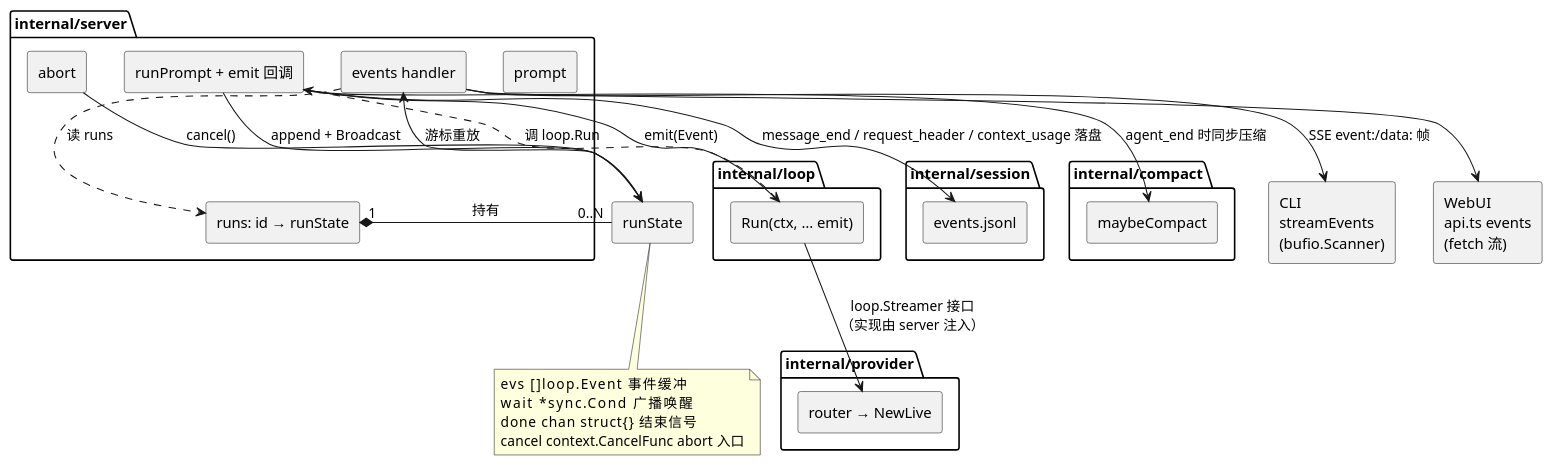
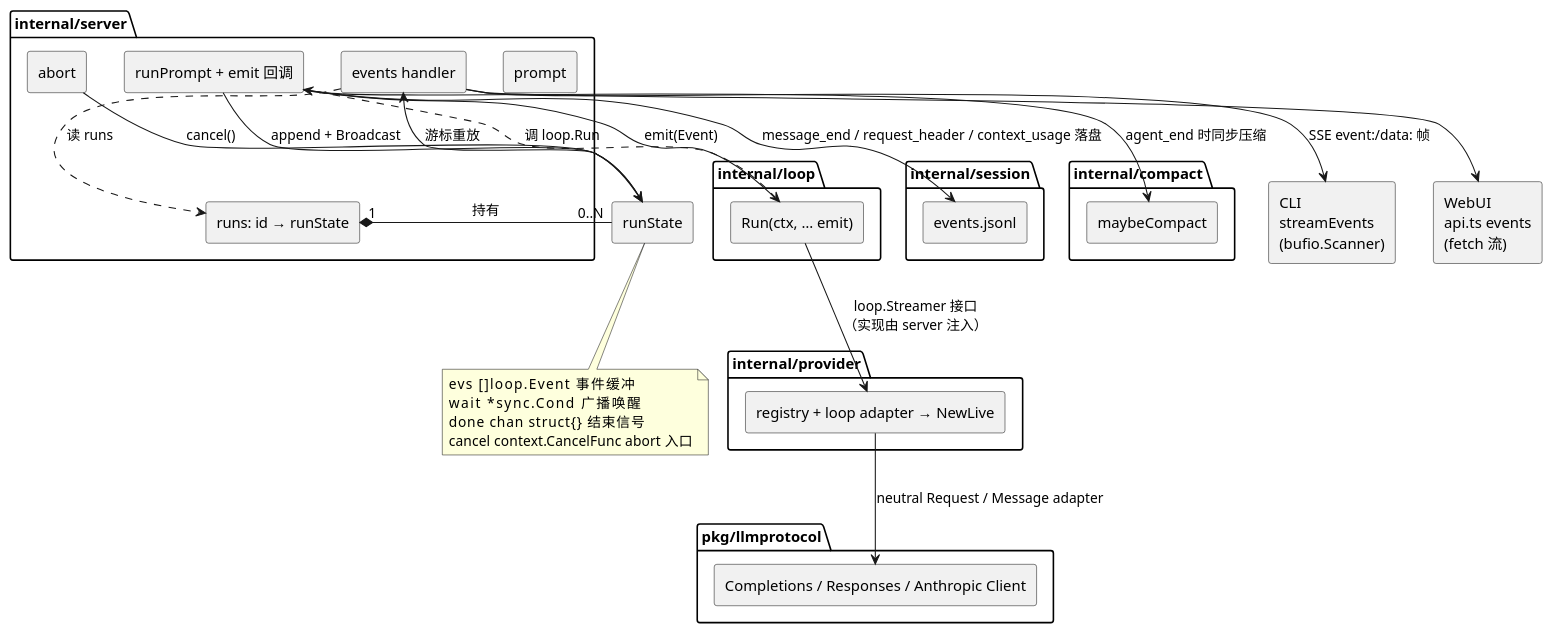
The second of 2 diagrams in docs/architecture.md (skyw8/ki), drawn with PlantUML before and after one commit. The commit also changed 15 other files, not shown here.

````diff
--- a/docs/architecture.md
+++ b/docs/architecture.md
@@ -145,59 +145,63 @@
 ```plantuml
 @startuml
 skinparam componentStyle rectangle
 
 ' ==== 消费者：只走 SSE ====
 [CLI\nstreamEvents\n(bufio.Scanner)] as CLI
 [WebUI\napi.ts events\n(fetch 流)] as WEB
 
 ' ==== 组装者：server 包 ====
 package "internal/server" {
   [prompt] as PROMPT
   [runPrompt + emit 回调] as RUNP
   [events handler] as EV
   [abort] as ABORT
   [runs: id → runState] as RUNS
 }
 
 ' ==== runState（server 包内类型）：一次运行的直播录像 ====
 [runState] as RS
 note bottom of RS
   evs []loop.Event        事件缓冲
   wait *sync.Cond         广播唤醒
   done chan struct{}      结束信号
   cancel context.CancelFunc  abort 入口
 end note
 
 ' ==== 事件源：loop 包（只依赖 types）====
 package "internal/loop" {
   [Run(ctx, … emit)] as RUN
 }
 
 ' ==== 订阅端 ====
 package "internal/session" {
   [events.jsonl] as JSONL
 }
 package "internal/compact" {
   [maybeCompact] as COMPACT
 }
 package "internal/provider" {
-  [router → NewLive] as LIVE
+  [registry + loop adapter → NewLive] as LIVE
+}
+package "pkg/llmprotocol" {
+  [Completions / Responses / Anthropic Client] as PROTOCOL
 }
 
 ' ---- 组合 / 编译期依赖 ----
 RUNS "1" *-- "0..N" RS : 持有
 RUNP ..> RUN : 调 loop.Run
 EV ..> RUNS : 读 runs
 
 ' ---- 运行期数据流 ----
 RUN --> RUNP : emit(Event)
 RUNP --> JSONL : message_end / request_header / context_usage 落盘
 RUNP --> RS : append + Broadcast
 RS --> EV : 游标重放
 EV --> CLI : SSE event:/data: 帧
 EV --> WEB
 ABORT --> RS : cancel()
 RUN --> LIVE : loop.Streamer 接口\n（实现由 server 注入）
+LIVE --> PROTOCOL : neutral Request / Message adapter
 RUNP --> COMPACT : agent_end 时同步压缩
 @enduml
 ```
````
